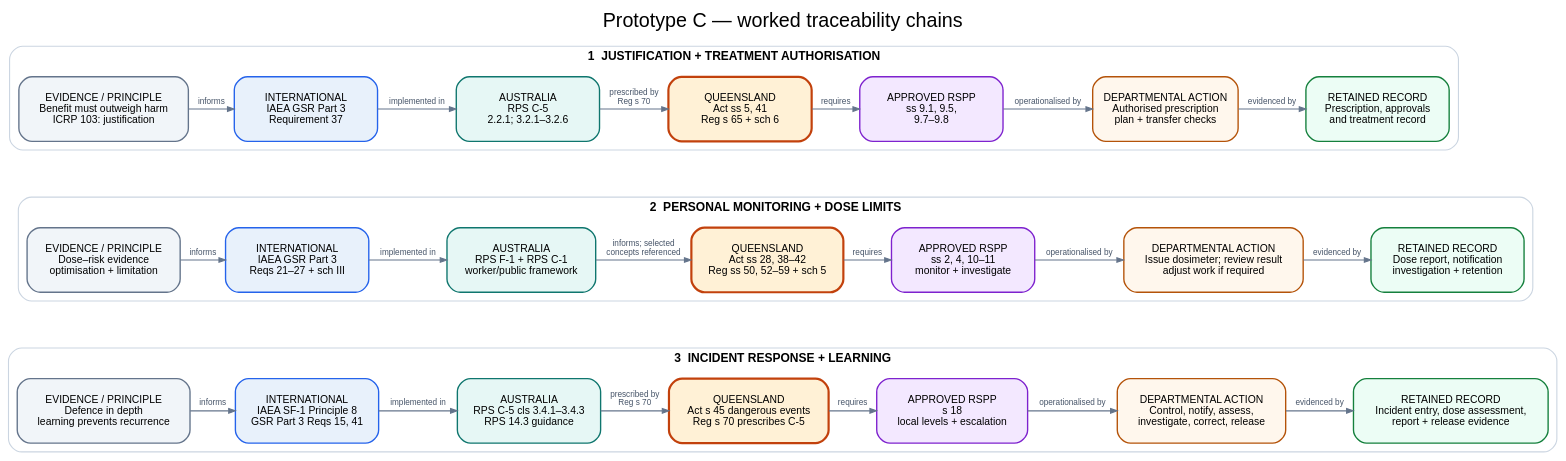
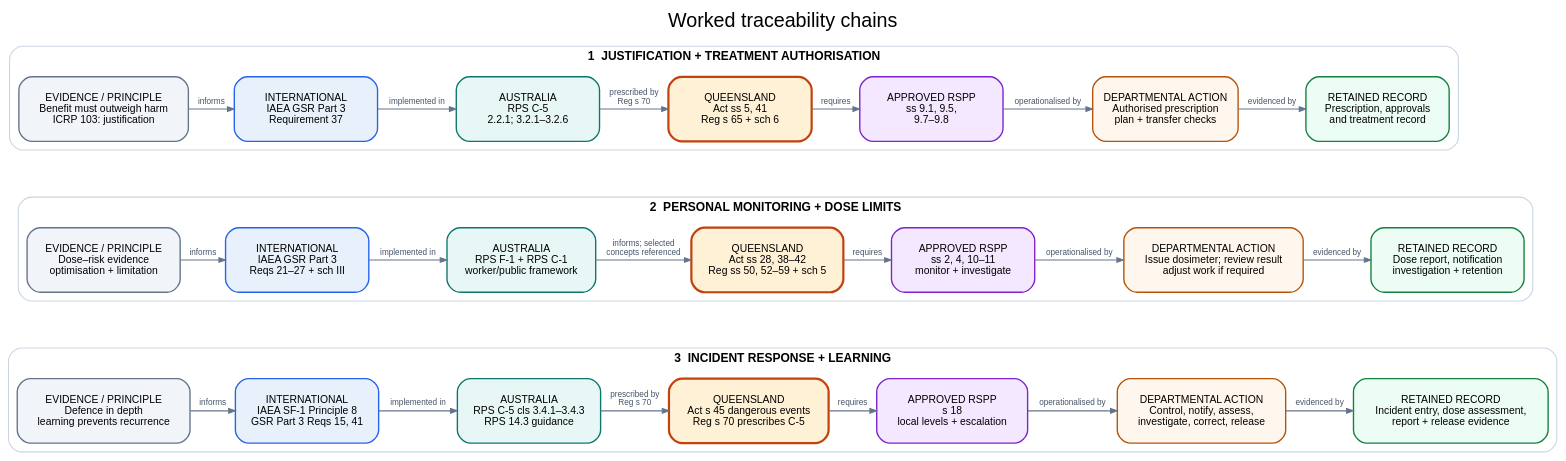
The diagram in figures/worked-traceability-chains.dot (ashgillman/TEAP-Topic-2.1), drawn with Graphviz before and after one commit. The commit also changed 4 other files, not shown here.

```diff
--- a/figures/worked-traceability-chains.dot
+++ b/figures/worked-traceability-chains.dot
@@ -1,110 +1,110 @@
 digraph worked_traceability_chains {
   graph [
     rankdir=TB,
     bgcolor="transparent",
     pad=0.20,
     nodesep=0.18,
     ranksep=0.34,
     splines=polyline,
     newrank=true,
     fontname="Helvetica",
-    label="Prototype C — worked traceability chains",
+    label="Worked traceability chains",
     labelloc=t,
     fontsize=18
   ];
 
   node [
     shape=box,
     style="rounded,filled",
     fontname="Helvetica",
     fontsize=9.5,
     margin="0.12,0.08",
     width=1.82,
     height=0.82,
     penwidth=1.25
   ];
 
   edge [
     color="#64748B",
     fontcolor="#475569",
     fontname="Helvetica",
     fontsize=7.5,
     arrowsize=0.60,
     penwidth=1.0
   ];
 
   subgraph cluster_justification {
     label="1  JUSTIFICATION + TREATMENT AUTHORISATION";
     color="#CBD5E1";
     style="rounded";
     fontname="Helvetica-Bold";
     fontsize=11;
     rank=same;
 
     j1 [label="EVIDENCE / PRINCIPLE\nBenefit must outweigh harm\nICRP 103: justification", fillcolor="#F1F5F9", color="#64748B"];
     j2 [label="INTERNATIONAL\nIAEA GSR Part 3\nRequirement 37", fillcolor="#E8F1FB", color="#2563EB"];
     j3 [label="AUSTRALIA\nRPS C-5\n2.2.1; 3.2.1–3.2.6", fillcolor="#E6F7F5", color="#0F766E"];
     j4 [label="QUEENSLAND\nAct ss 5, 41\nReg s 65 + sch 6", fillcolor="#FFF1D6", color="#C2410C", penwidth=2.0];
     j5 [label="APPROVED RSPP\nss 9.1, 9.5,\n9.7–9.8", fillcolor="#F3E8FF", color="#7E22CE"];
     j6 [label="DEPARTMENTAL ACTION\nAuthorised prescription\nplan + transfer checks", fillcolor="#FFF7ED", color="#B45309"];
     j7 [label="RETAINED RECORD\nPrescription, approvals\nand treatment record", fillcolor="#ECFDF5", color="#15803D"];
 
     j1 -> j2 [label="informs"];
     j2 -> j3 [label="implemented in"];
     j3 -> j4 [label="prescribed by\nReg s 70"];
     j4 -> j5 [label="requires"];
     j5 -> j6 [label="operationalised by"];
     j6 -> j7 [label="evidenced by"];
   }
 
   subgraph cluster_monitoring {
     label="2  PERSONAL MONITORING + DOSE LIMITS";
     color="#CBD5E1";
     style="rounded";
     fontname="Helvetica-Bold";
     fontsize=11;
     rank=same;
 
     m1 [label="EVIDENCE / PRINCIPLE\nDose–risk evidence\noptimisation + limitation", fillcolor="#F1F5F9", color="#64748B"];
     m2 [label="INTERNATIONAL\nIAEA GSR Part 3\nReqs 21–27 + sch III", fillcolor="#E8F1FB", color="#2563EB"];
     m3 [label="AUSTRALIA\nRPS F-1 + RPS C-1\nworker/public framework", fillcolor="#E6F7F5", color="#0F766E"];
     m4 [label="QUEENSLAND\nAct ss 28, 38–42\nReg ss 50, 52–59 + sch 5", fillcolor="#FFF1D6", color="#C2410C", penwidth=2.0];
     m5 [label="APPROVED RSPP\nss 2, 4, 10–11\nmonitor + investigate", fillcolor="#F3E8FF", color="#7E22CE"];
     m6 [label="DEPARTMENTAL ACTION\nIssue dosimeter; review result\nadjust work if required", fillcolor="#FFF7ED", color="#B45309"];
     m7 [label="RETAINED RECORD\nDose report, notification\ninvestigation + retention", fillcolor="#ECFDF5", color="#15803D"];
 
     m1 -> m2 [label="informs"];
     m2 -> m3 [label="implemented in"];
     m3 -> m4 [label="informs; selected\nconcepts referenced"];
     m4 -> m5 [label="requires"];
     m5 -> m6 [label="operationalised by"];
     m6 -> m7 [label="evidenced by"];
   }
 
   subgraph cluster_incident {
     label="3  INCIDENT RESPONSE + LEARNING";
     color="#CBD5E1";
     style="rounded";
     fontname="Helvetica-Bold";
     fontsize=11;
     rank=same;
 
     i1 [label="EVIDENCE / PRINCIPLE\nDefence in depth\nlearning prevents recurrence", fillcolor="#F1F5F9", color="#64748B"];
     i2 [label="INTERNATIONAL\nIAEA SF-1 Principle 8\nGSR Part 3 Reqs 15, 41", fillcolor="#E8F1FB", color="#2563EB"];
     i3 [label="AUSTRALIA\nRPS C-5 cls 3.4.1–3.4.3\nRPS 14.3 guidance", fillcolor="#E6F7F5", color="#0F766E"];
     i4 [label="QUEENSLAND\nAct s 45 dangerous events\nReg s 70 prescribes C-5", fillcolor="#FFF1D6", color="#C2410C", penwidth=2.0];
     i5 [label="APPROVED RSPP\ns 18\nlocal levels + escalation", fillcolor="#F3E8FF", color="#7E22CE"];
     i6 [label="DEPARTMENTAL ACTION\nControl, notify, assess,\ninvestigate, correct, release", fillcolor="#FFF7ED", color="#B45309"];
     i7 [label="RETAINED RECORD\nIncident entry, dose assessment,\nreport + release evidence", fillcolor="#ECFDF5", color="#15803D"];
 
     i1 -> i2 [label="informs"];
     i2 -> i3 [label="implemented in"];
     i3 -> i4 [label="prescribed by\nReg s 70"];
     i4 -> i5 [label="requires"];
     i5 -> i6 [label="operationalised by"];
     i6 -> i7 [label="evidenced by"];
   }
 
   j1 -> m1 [style=invis, weight=100, minlen=2];
   m1 -> i1 [style=invis, weight=100, minlen=2];
 }
```
